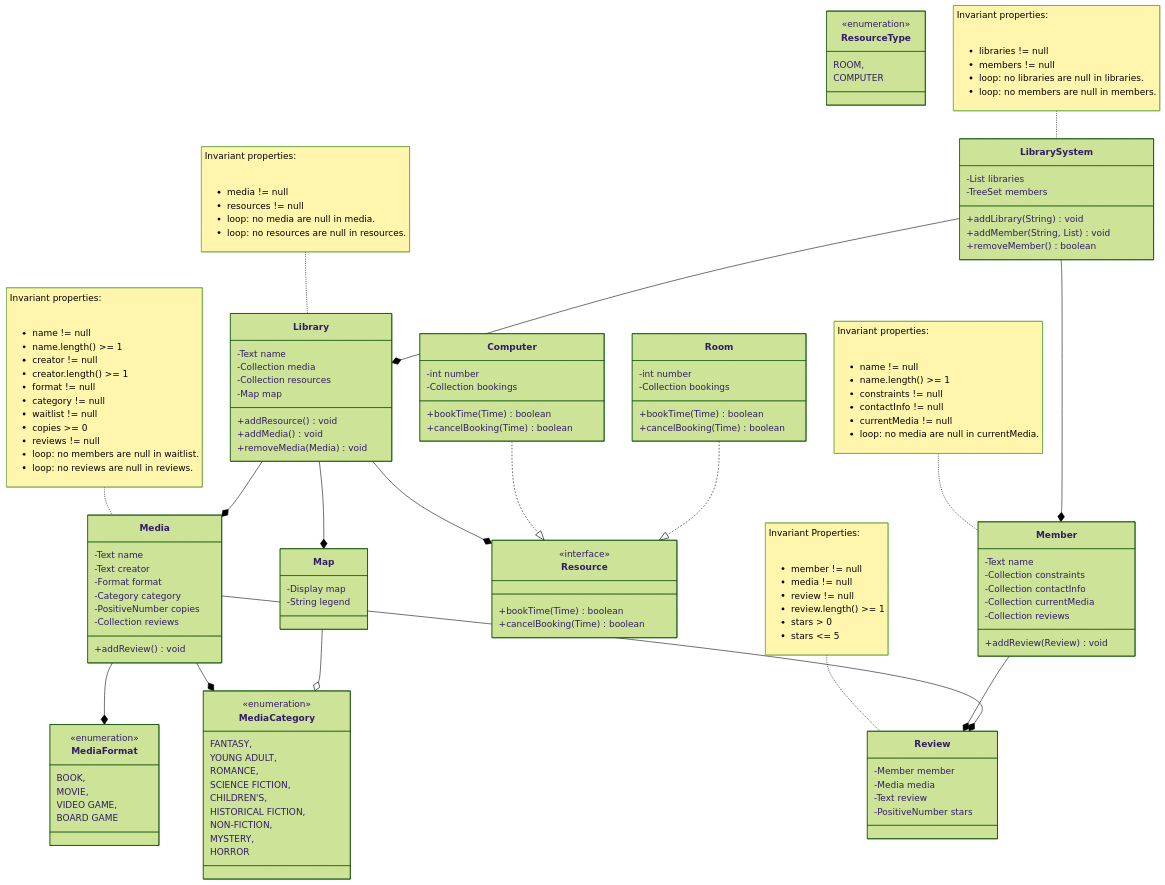
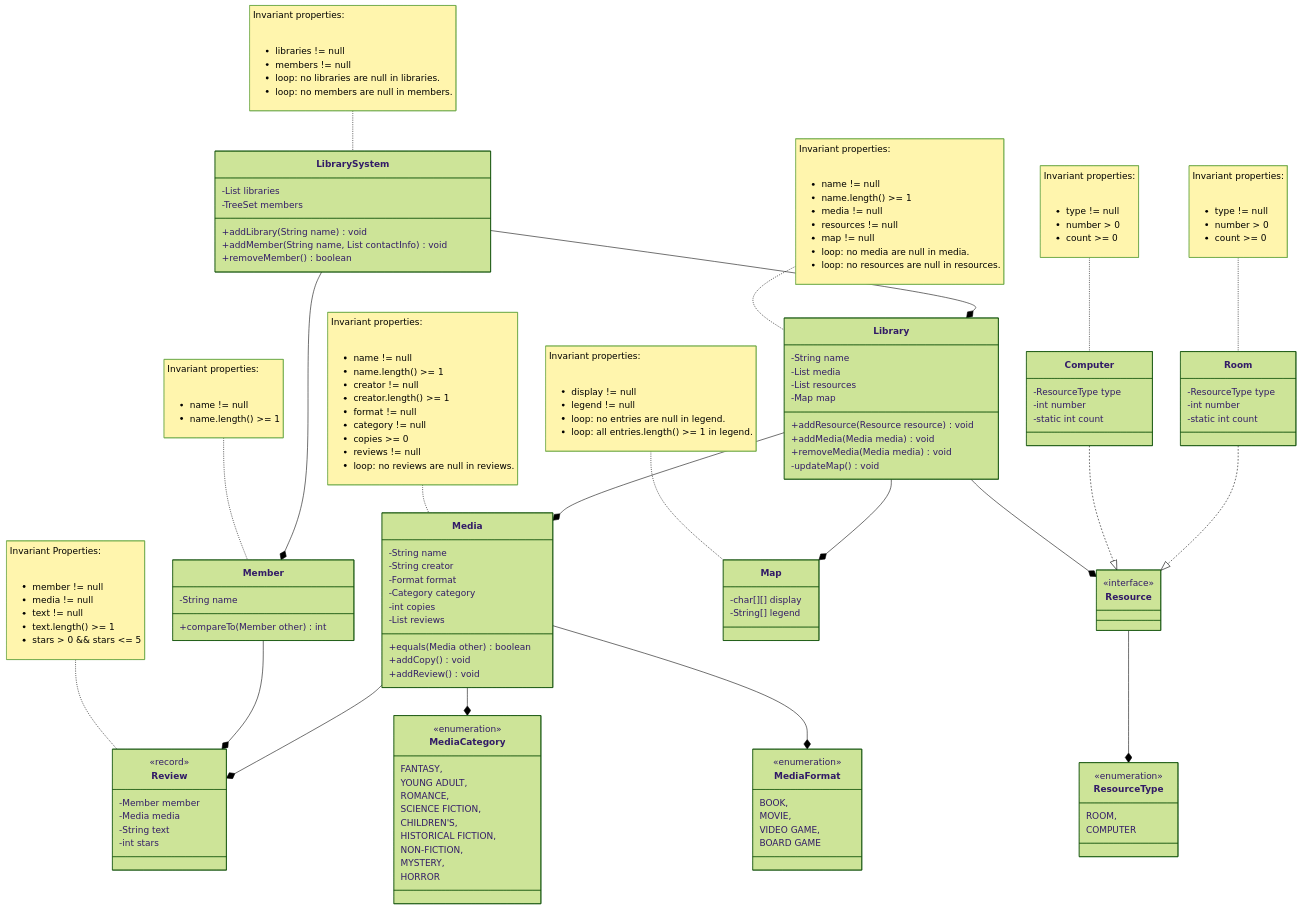
Before and after one commit to samanthaegilson/LibrarySystem: the diagram in README.md, drawn with Mermaid (forest theme). The commit also changed 17 other files, not shown here.

```diff
--- a/README.md
+++ b/README.md
@@ -38,10 +38,8 @@
         -List<Library> libraries
         -TreeSet<Member> members
         
-        %% For now replaces the old instance with a new instance
-        +addLibrary(String) void
-        %% don't want duplicates, use "set"?
-        +addMember(String, List<String>) void
+        +addLibrary(String name) void
+        +addMember(String name, List<String> contactInfo) void
         +removeMember() boolean
     }
     LibrarySystem --* Library
@@ -56,15 +54,15 @@
     </ul>"
     
     class Library {
-        %% interface?
-        -Text name
-        -Collection media
-        -Collection resources
+        -String name
+        -List<Media> media
+        -List<Resource> resources
         -Map map
         
-        +addResource() void
-        +addMedia() void
-        +removeMedia(Media) void
+        +addResource(Resource resource) void
+        +addMedia(Media media) void
+        +removeMedia(Media media) void
+        -updateMap() void
     }
     Library --* Media
     Library --* Resource
@@ -72,24 +70,19 @@
 
     note for Library "Invariant properties:
     <ul>
+        <li>name != null
+        <li>name.length() >= 1
         <li>media != null
         <li>resources != null
+        <li>map != null
         <li>loop: no media are null in media.
         <li>loop: no resources are null in resources.
     </ul>"
     
     class Member {
-        %% class
-        %% becoming member for entire system
-        -Text name
-        -Collection constraints
-        -Collection contactInfo
-        -Collection currentMedia
-        -Collection reviews
-        %% Library card number?
-        
-        %% asks for member, so should be in library?
-        +addReview(Review) void
+        -String name
+
+        +compareTo(Member other) int
     }
     Member --* Review
 
@@ -97,24 +90,20 @@
     <ul>
         <li>name != null
         <li>name.length() >= 1
-        <li>constraints != null
-        <li>contactInfo != null
-        <li>currentMedia != null
-        <li>loop: no media are null in currentMedia.
     </ul>"
 
     
     class Media {
-        %%record
-        %% class for copies and lists
-        -Text name
-        -Text creator
+        -String name
+        -String creator
         -Format format
         -Category category
-        -PositiveNumber copies
-        -Collection reviews
-        %% should waitlist be a stack?
+        %% Has to be a positive number
+        -int copies
+        -List<Reviews> reviews
  
+        +equals(Media other) boolean
+        +addCopy() void
         +addReview() void
     }
     Media --* Review
@@ -129,61 +118,74 @@
         <li>creator.length() >= 1
         <li>format != null
         <li>category != null
-        <li>waitlist != null
         <li>copies >= 0
         <li>reviews != null
-        <li>loop: no members are null in waitlist.
         <li>loop: no reviews are null in reviews.
     </ul>"
     
     class Resource {
         <<interface>>
-        %% time
-        +bookTime(Time) boolean
-        +cancelBooking(Time) boolean
     }
+    Resource --* ResourceType
     
     class Computer {
+        -ResourceType type
         -int number
-        -Collection bookings
-        +bookTime(Time) boolean
-        +cancelBooking(Time) boolean
+        -static int count
     }
     Computer ..|> Resource
+
+    note for Computer "Invariant properties:
+    <ul>
+        <li>type != null
+        <li>number > 0
+        <li>count >= 0
+    </ul>"
     
     class Room {
+        -ResourceType type
         -int number
-        -Collection bookings
-        +bookTime(Time) boolean
-        +cancelBooking(Time) boolean
+        -static int count
     }
     Room ..|> Resource
+
+    note for Room "Invariant properties:
+    <ul>
+        <li>type != null
+        <li>number > 0
+        <li>count >= 0
+    </ul>"
     
     class Map {
-        -Display map
-        %% Written list of symbols
-        -String legend
+        %% An overhead visual representation of the map
+        -char[][] display
+        -String[] legend
     }
-    Map --o MediaCategory
+
+    note for Map "Invariant properties:
+    <ul>
+        <li>display != null
+        <li>legend != null
+        <li>loop: no entries are null in legend.
+        <li>loop: all entries.length() >= 1 in legend.
+    </ul>"
     
     class Review {
-        %% can also review resources!!!
+        <<record>>
         -Member member
         -Media media
-        -Text review
-        -PositiveNumber stars
-        %% Stars?
-        %% record?
+        -String text
+        %% Number between 1 and 5
+        -int stars
     }
     
     note for Review "Invariant Properties:
     <ul>
         <li>member != null
         <li>media != null
-        <li>review != null
-        <li>review.length() >= 1
-        <li>stars > 0
-        <li>stars <= 5
+        <li>text != null
+        <li>text.length() >= 1
+        <li>stars > 0 && stars <= 5
     </ul>"
     
     class MediaCategory {
```
